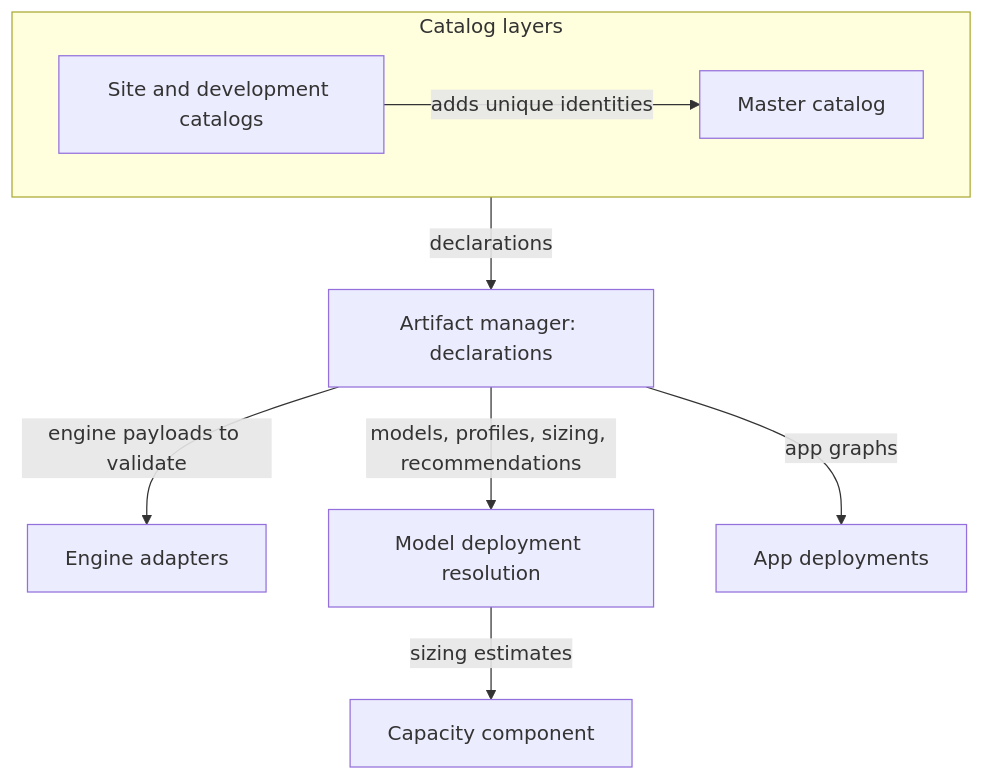
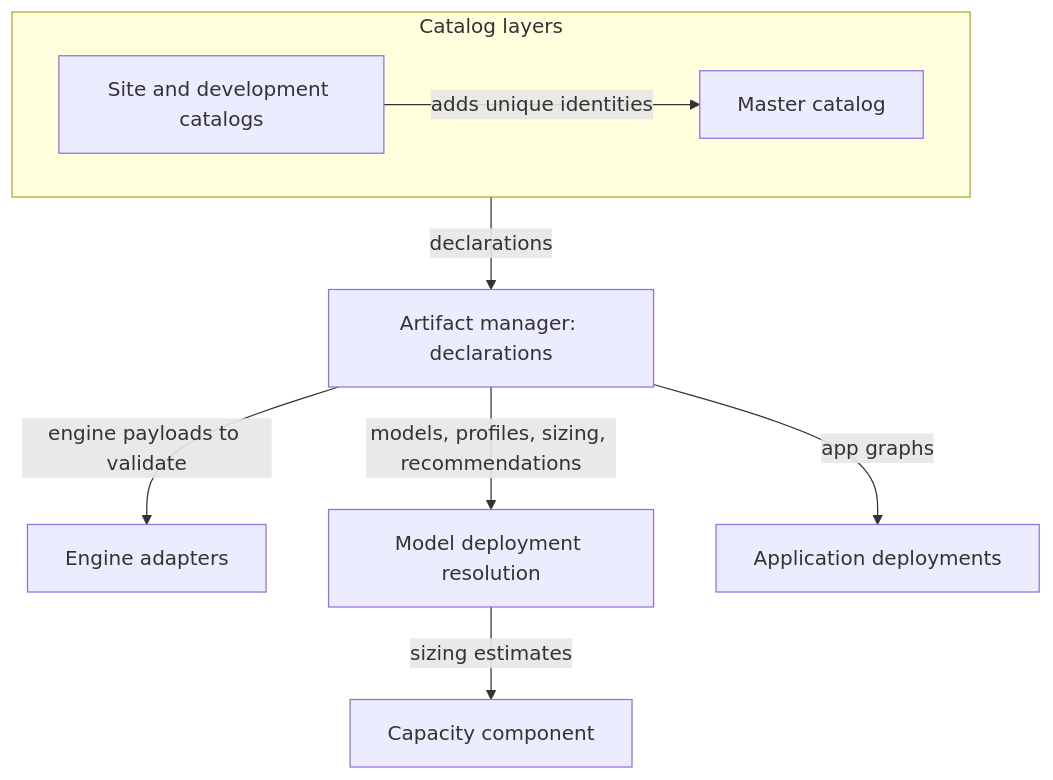
The first of 3 diagrams in docs/specs/catalog.md (dotcoreai/dotcore), drawn with Mermaid before and after one commit. The commit also changed other lines of this file and 2 other files, not shown here.

````diff
--- a/docs/specs/catalog.md
+++ b/docs/specs/catalog.md
@@ -26,18 +25,18 @@
 ```mermaid
 flowchart TB
   subgraph Layers["Catalog layers"]
     MC["Master catalog"]
     SC["Site and development catalogs"]
   end
   AM["Artifact manager: declarations"]
   EA["Engine adapters"]
   RES["Model deployment resolution"]
-  APPS["App deployments"]
+  APPS["Application deployments"]
   CAP["Capacity component"]
   SC -->|"adds unique identities"| MC
   Layers -->|"declarations"| AM
   AM -->|"engine payloads to validate"| EA
   AM -->|"models, profiles, sizing, recommendations"| RES
   AM -->|"app graphs"| APPS
   RES -->|"sizing estimates"| CAP
 ```
````
